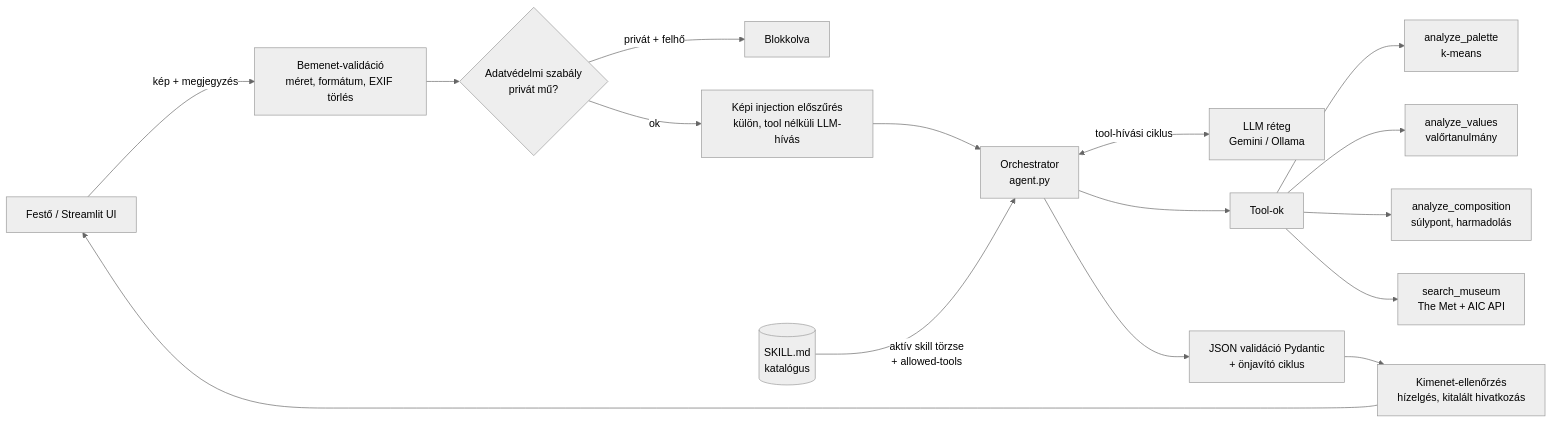
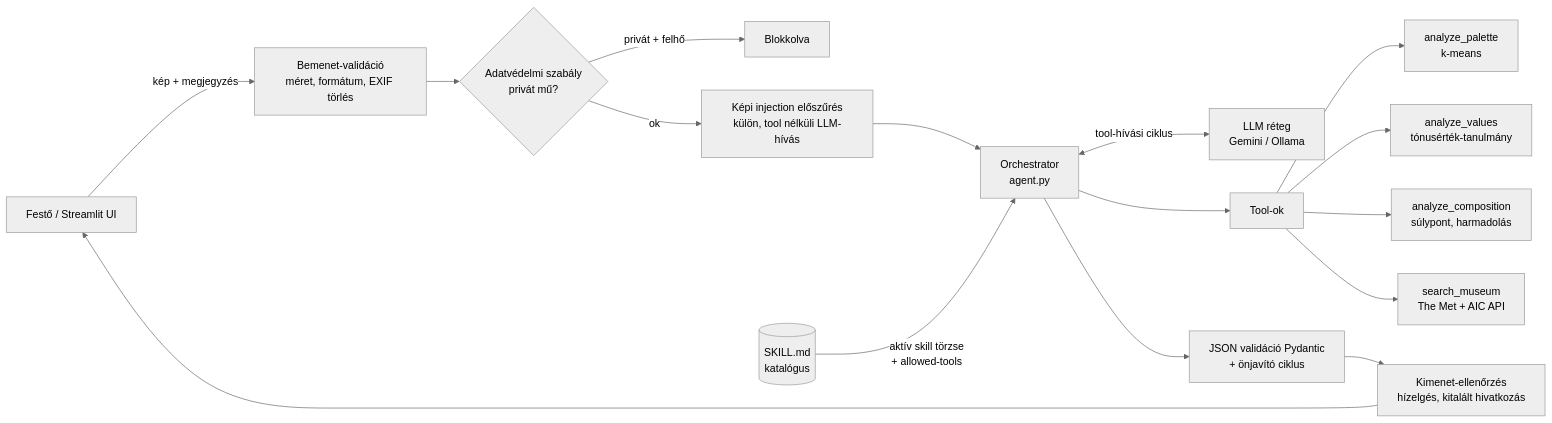
Before and after one commit to Torpe17/painting-studio-assistant: the diagram in docs/DOKUMENTACIO.md, drawn with Mermaid (neutral theme). The commit also changed other lines of this file and 3 other files, not shown here.

````diff
--- a/docs/DOKUMENTACIO.md
+++ b/docs/DOKUMENTACIO.md
@@ -21,18 +21,18 @@
 ```mermaid
 flowchart LR
     U[Festő / Streamlit UI] -->|kép + megjegyzés| V[Bemenet-validáció<br/>méret, formátum, EXIF törlés]
     V --> P{Adatvédelmi szabály<br/>privát mű?}
     P -->|privát + felhő| X[Blokkolva]
     P -->|ok| PC[Képi injection előszűrés<br/>külön, tool nélküli LLM-hívás]
     PC --> O[Orchestrator<br/>agent.py]
     S[(SKILL.md<br/>katalógus)] -->|aktív skill törzse<br/>+ allowed-tools| O
     O <-->|tool-hívási ciklus| L[LLM réteg<br/>Gemini / Ollama]
     O --> T[Tool-ok]
     T --> T1[analyze_palette<br/>k-means]
-    T --> T2[analyze_values<br/>valőrtanulmány]
+    T --> T2[analyze_values<br/>tónusérték-tanulmány]
     T --> T3[analyze_composition<br/>súlypont, harmadolás]
     T --> T4[search_museum<br/>The Met + AIC API]
     O --> J[JSON validáció Pydantic<br/>+ önjavító ciklus]
     J --> G[Kimenet-ellenőrzés<br/>hízelgés, kitalált hivatkozás]
     G --> U
 ```
````
